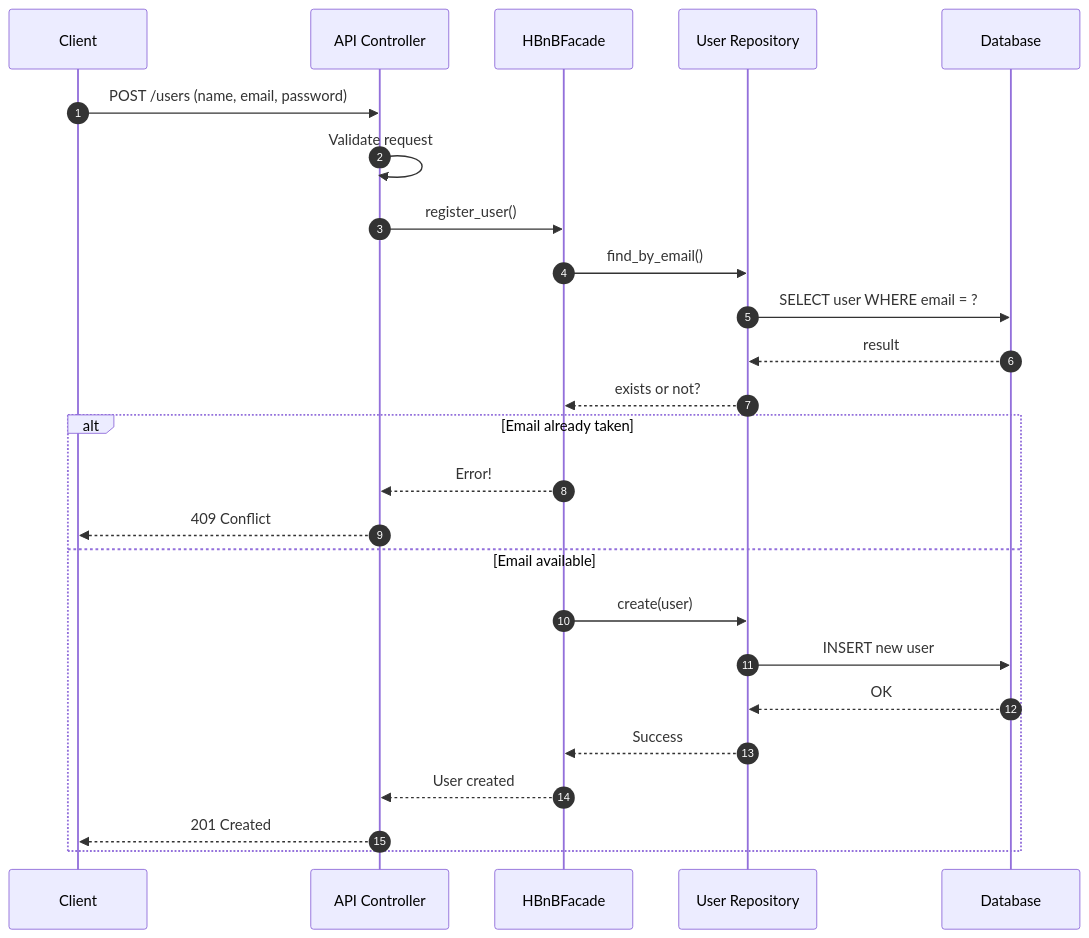
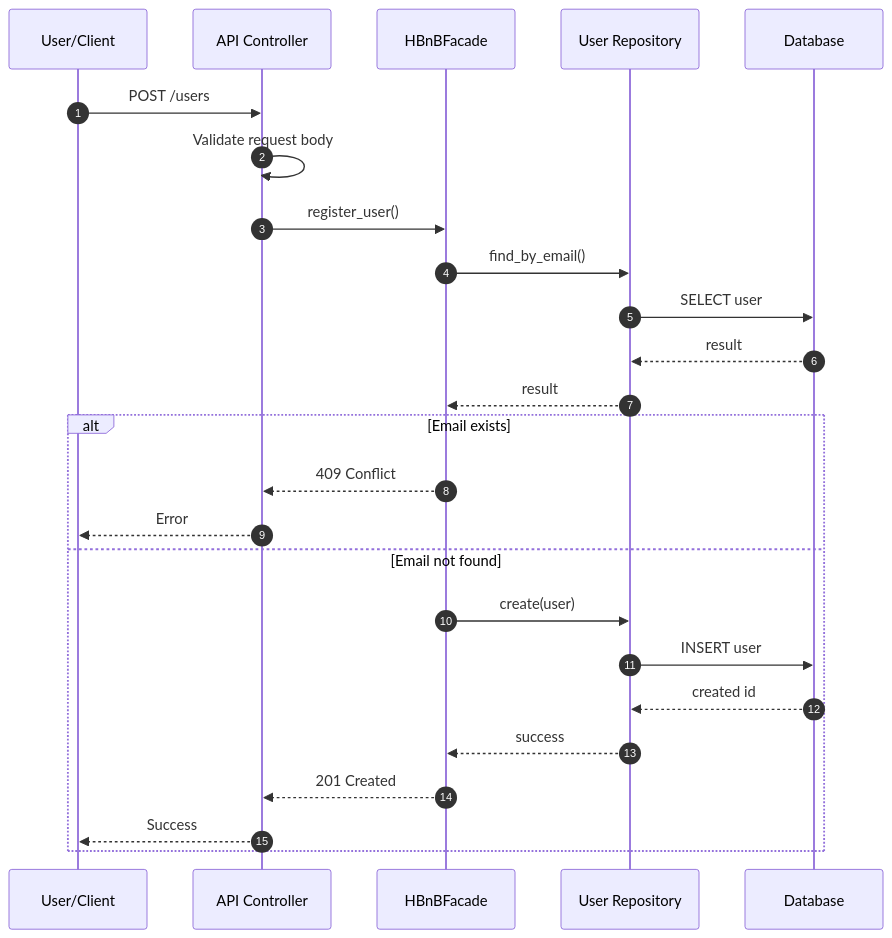
One commit to mnarzaid247-stack/holbertonschool-hbnb changed the third of 6 diagrams in part1/README.md. Above: the diagram before and after it, drawn with Mermaid. The commit also changed other lines of this file and 1 other file, not shown here.

Commit message:
refactor(docs): update API interaction flow documentation and remove obsolete file

````diff
--- a/part1/README.md
+++ b/part1/README.md
@@ -304,30 +293,30 @@
 ```mermaid
 sequenceDiagram
-    autonumber
-    participant Client
-    participant API as API Controller
-    participant Facade as HBnBFacade
-    participant UserRepo as User Repository
-    participant DB as Database
+autonumber
+participant Client as User/Client
+participant API as API Controller
+participant Facade as HBnBFacade
+participant UserRepo as User Repository
+participant DB as Database
 
-    Client->>API: POST /users (name, email, password)
-    API->>API: Validate request
-    API->>Facade: register_user()
-    
-    Facade->>UserRepo: find_by_email()
-    UserRepo->>DB: SELECT user WHERE email = ?
-    DB-->>UserRepo: result
-    UserRepo-->>Facade: exists or not?
+Client->>API: POST /users
+API->>API: Validate request body
+API->>Facade: register_user()
 
-    alt Email already taken
-        Facade-->>API: Error!
-        API-->>Client: 409 Conflict
-    else Email available
-        Facade->>UserRepo: create(user)
-        UserRepo->>DB: INSERT new user
-        DB-->>UserRepo: OK
-        UserRepo-->>Facade: Success
-        Facade-->>API: User created
-        API-->>Client: 201 Created
-    end
+Facade->>UserRepo: find_by_email()
+UserRepo->>DB: SELECT user
+DB-->>UserRepo: result
+UserRepo-->>Facade: result
+
+alt Email exists
+Facade-->>API: 409 Conflict
+API-->>Client: Error
+else Email not found
+Facade->>UserRepo: create(user)
+UserRepo->>DB: INSERT user
+DB-->>UserRepo: created id
+UserRepo-->>Facade: success
+Facade-->>API: 201 Created
+API-->>Client: Success
+end
 ```
````
